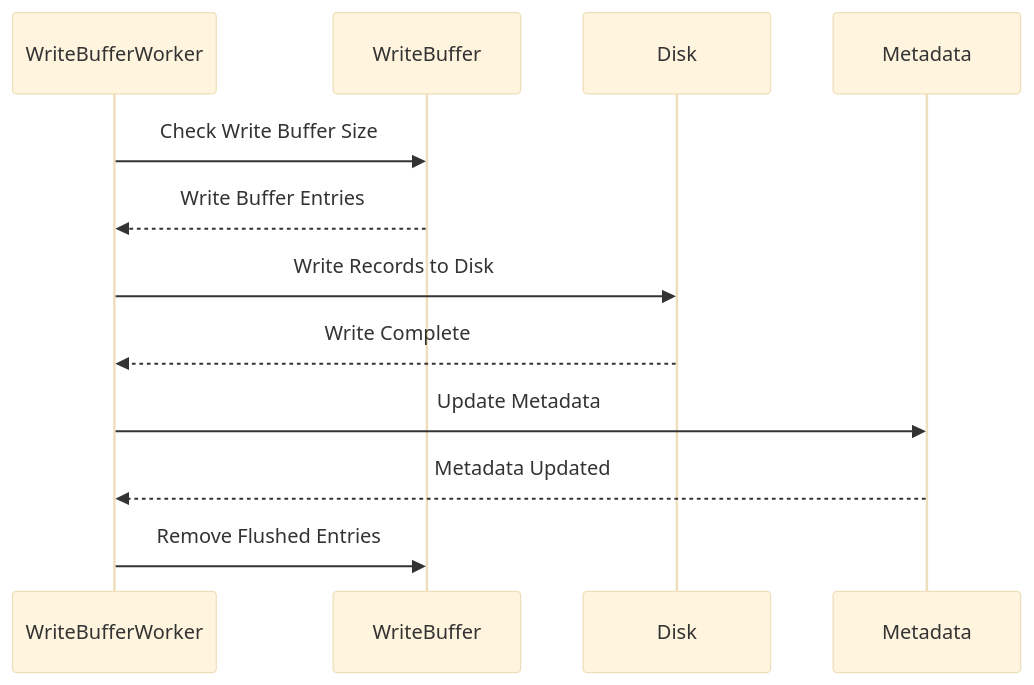
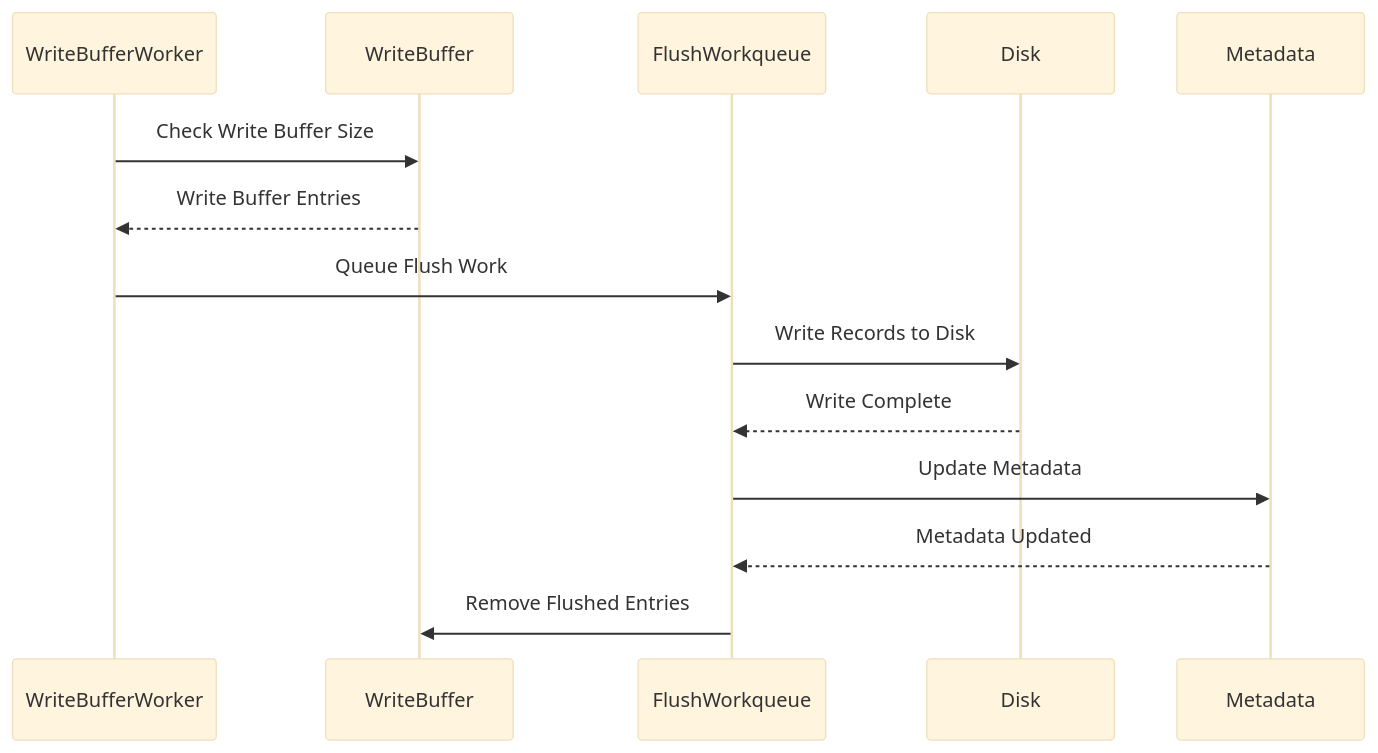
The seventh of 10 diagrams in TechnicalDesign.md (mehrantsi/high-performance-kv-store), drawn with Mermaid (base theme) before and after one commit. The commit also changed other lines of this file, not shown here.

````diff
--- a/TechnicalDesign.md
+++ b/TechnicalDesign.md
@@ -495,15 +478,17 @@
 ```mermaid
 sequenceDiagram
     participant WriteBufferWorker
     participant WriteBuffer
+    participant FlushWorkqueue
     participant Disk
     participant Metadata
 
     WriteBufferWorker->>WriteBuffer: Check Write Buffer Size
     WriteBuffer-->>WriteBufferWorker: Write Buffer Entries
-    WriteBufferWorker->>Disk: Write Records to Disk
-    Disk-->>WriteBufferWorker: Write Complete
-    WriteBufferWorker->>Metadata: Update Metadata
-    Metadata-->>WriteBufferWorker: Metadata Updated
-    WriteBufferWorker->>WriteBuffer: Remove Flushed Entries
+    WriteBufferWorker->>FlushWorkqueue: Queue Flush Work
+    FlushWorkqueue->>Disk: Write Records to Disk
+    Disk-->>FlushWorkqueue: Write Complete
+    FlushWorkqueue->>Metadata: Update Metadata
+    Metadata-->>FlushWorkqueue: Metadata Updated
+    FlushWorkqueue->>WriteBuffer: Remove Flushed Entries
 ```
````
